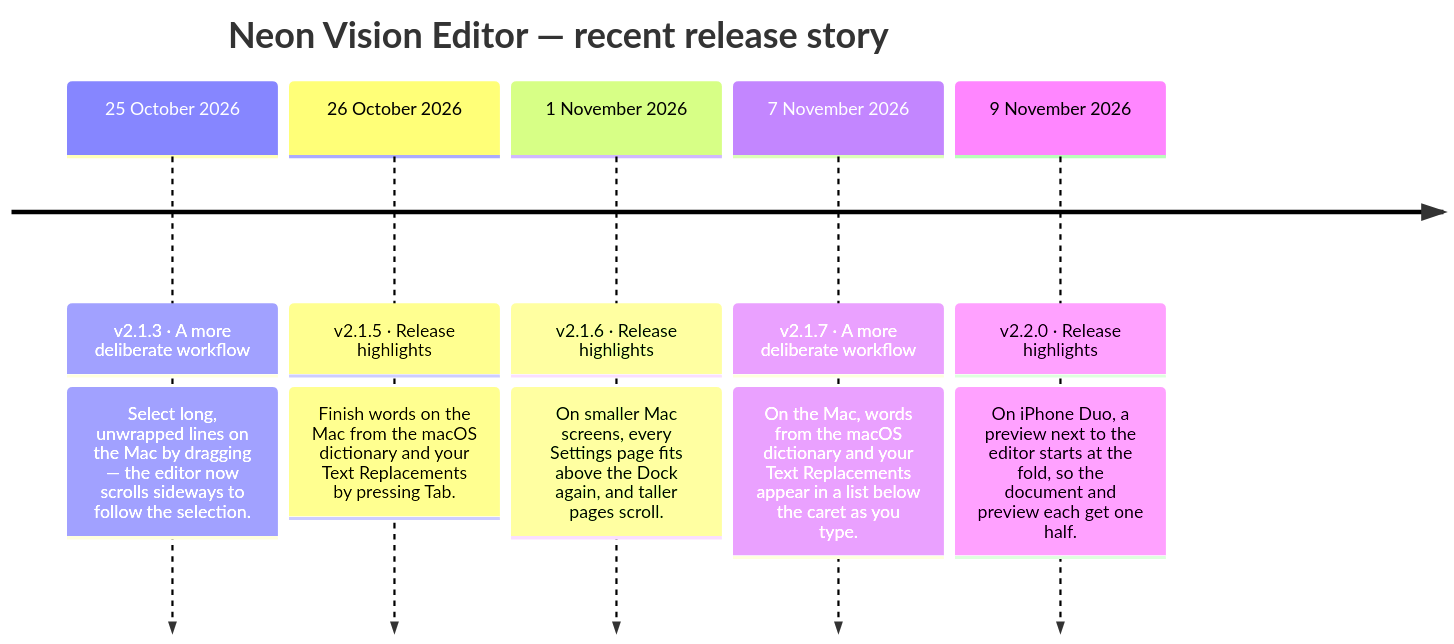
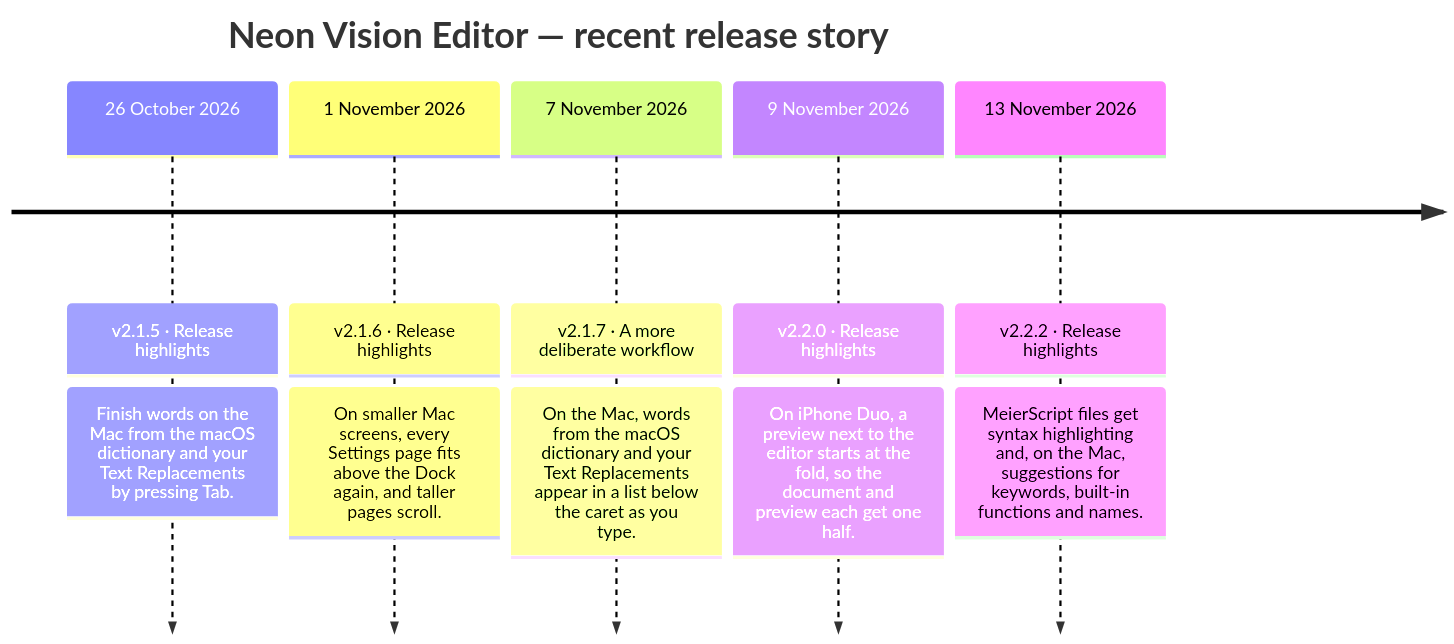
One commit to h3pdesign/Neon-Vision-Editor changed the diagram in README.md. Above: the diagram before and after it, drawn with Mermaid. The commit also changed other lines of this file and 9 other files, not shown here.

````diff
--- a/README.md
+++ b/README.md
@@ -751,14 +749,14 @@
 ```mermaid
 timeline
     title Neon Vision Editor — recent release story
-    25 October 2026 : v2.1.3 · A more deliberate workflow
-                : Select long, unwrapped lines on the Mac by dragging — the editor now scrolls sideways to follow the selection.
     26 October 2026 : v2.1.5 · Release highlights
                 : Finish words on the Mac from the macOS dictionary and your Text Replacements by pressing Tab.
     1 November 2026 : v2.1.6 · Release highlights
                 : On smaller Mac screens, every Settings page fits above the Dock again, and taller pages scroll.
     7 November 2026 : v2.1.7 · A more deliberate workflow
                 : On the Mac, words from the macOS dictionary and your Text Replacements appear in a list below the caret as you type.
     9 November 2026 : v2.2.0 · Release highlights
                 : On iPhone Duo, a preview next to the editor starts at the fold, so the document and preview each get one half.
+    13 November 2026 : v2.2.2 · Release highlights
+                : MeierScript files get syntax highlighting and, on the Mac, suggestions for keywords, built-in functions and names.
 ```
````
